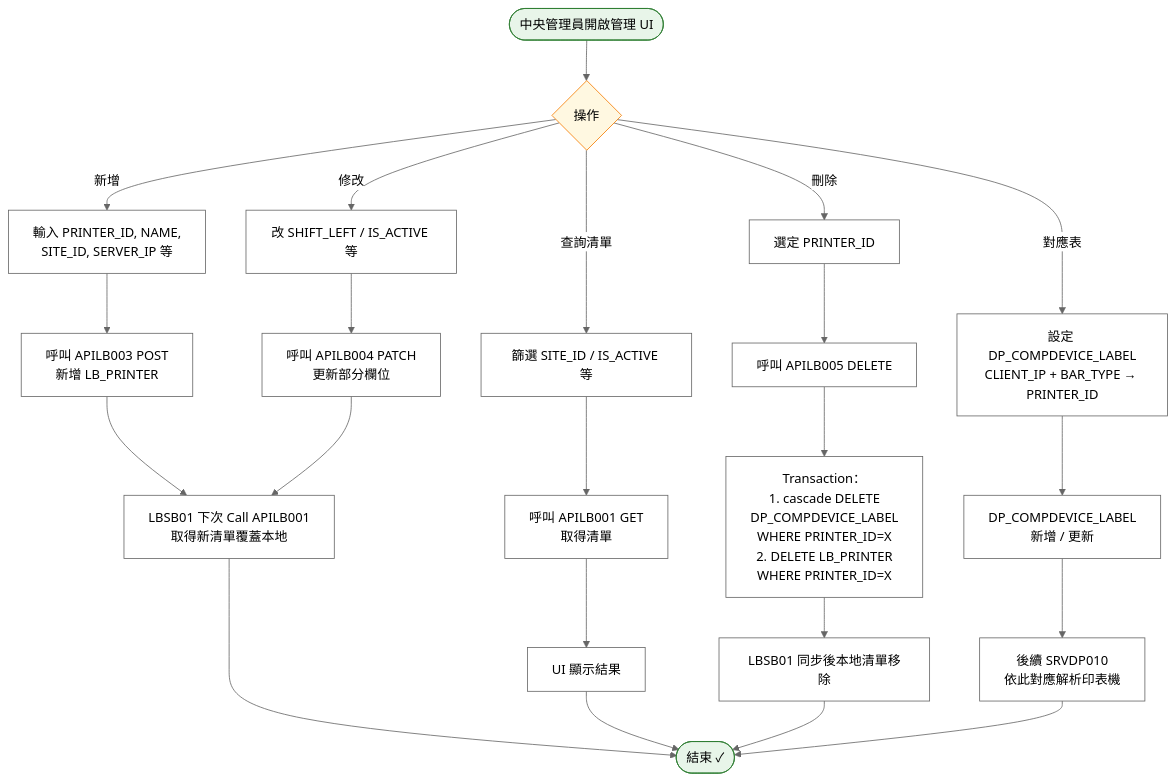
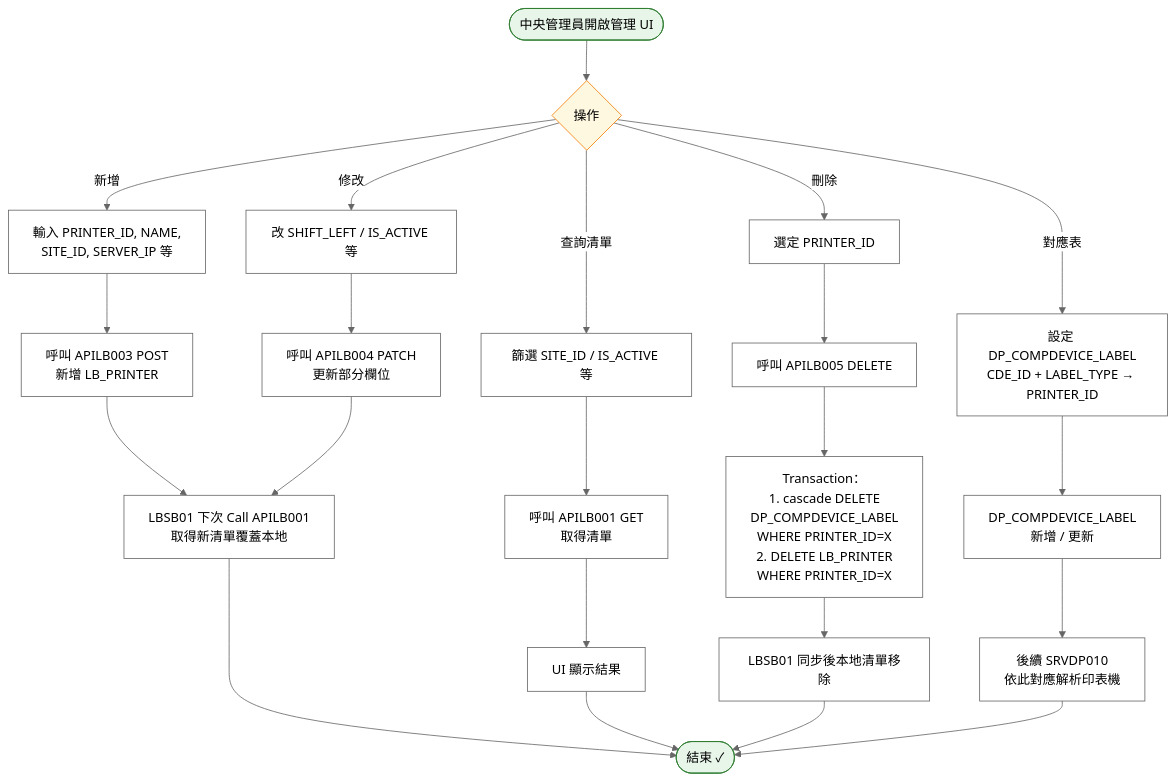
Before and after one commit to sti-fhb/LB_TBMS: the diagram in docs/specs/lb/spec_us6.md, drawn with Mermaid (neutral theme). The commit also changed other lines of this file and 19 other files, not shown here.

````diff
--- a/docs/specs/lb/spec_us6.md
+++ b/docs/specs/lb/spec_us6.md
@@ -34,37 +40,37 @@
 ```mermaid
 flowchart TD
     Start([中央管理員開啟管理 UI]) --> Op{操作}
 
     Op -->|新增| New[輸入 PRINTER_ID, NAME,<br/>SITE_ID, SERVER_IP 等]
     Op -->|查詢清單| List[篩選 SITE_ID / IS_ACTIVE 等]
     Op -->|修改| Edit[改 SHIFT_LEFT / IS_ACTIVE 等]
     Op -->|刪除| Del[選定 PRINTER_ID]
-    Op -->|對應表| Map[設定 DP_COMPDEVICE_LABEL<br/>CLIENT_IP + BAR_TYPE → PRINTER_ID]
+    Op -->|對應表| Map[設定 DP_COMPDEVICE_LABEL<br/>CDE_ID + LABEL_TYPE → PRINTER_ID]
 
     New --> A1[呼叫 APILB003 POST<br/>新增 LB_PRINTER]
     List --> A2[呼叫 APILB001 GET<br/>取得清單]
     Edit --> A3[呼叫 APILB004 PATCH<br/>更新部分欄位]
     Del --> A4[呼叫 APILB005 DELETE]
     Map --> A5[DP_COMPDEVICE_LABEL<br/>新增 / 更新]
 
     A4 --> Trans[Transaction：<br/>1. cascade DELETE<br/>   DP_COMPDEVICE_LABEL<br/>   WHERE PRINTER_ID=X<br/>2. DELETE LB_PRINTER<br/>   WHERE PRINTER_ID=X]
 
     A1 --> Sync[LBSB01 下次 Call APILB001<br/>取得新清單覆蓋本地]
     A2 --> Show[UI 顯示結果]
     A3 --> Sync
     Trans --> SyncDel[LBSB01 同步後本地清單移除]
     A5 --> SRV[後續 SRVDP010<br/>依此對應解析印表機]
 
     Sync --> EndOK([結束 ✓])
     Show --> EndOK
     SyncDel --> EndOK
     SRV --> EndOK
 
     classDef startEnd fill:#e8f5e9,stroke:#2e7d32,color:#000
     classDef action fill:#fff,stroke:#666,color:#000
     classDef decision fill:#fff8e1,stroke:#f57c00,color:#000
 
     class Start,EndOK startEnd
     class New,List,Edit,Del,Map,A1,A2,A3,A4,A5,Trans,Sync,Show,SyncDel,SRV action
     class Op decision
 ```
````
